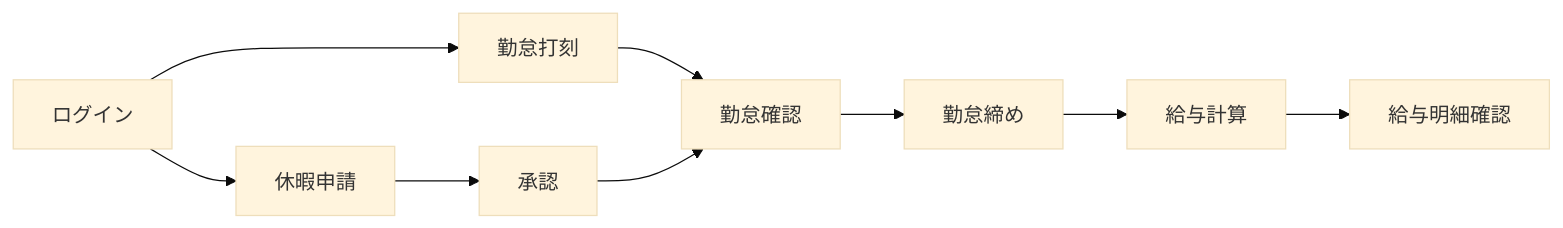
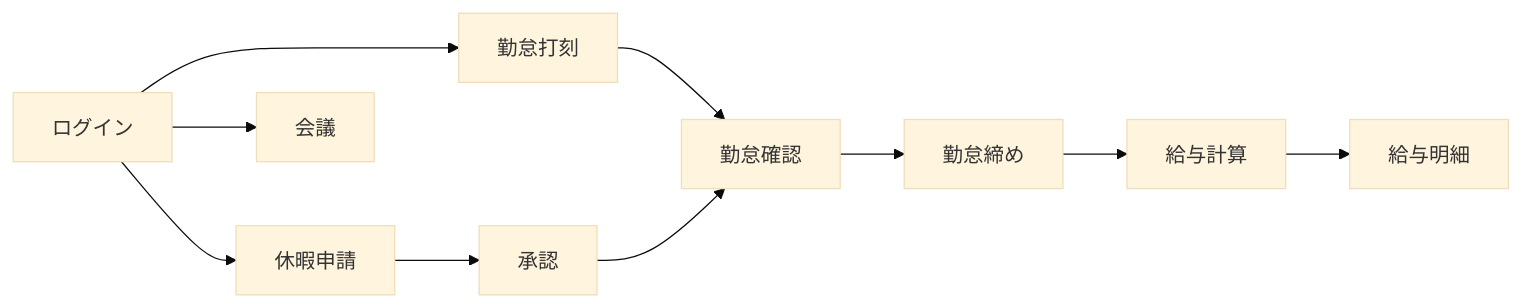
Before and after one commit to tamada-chinhhv/tmv-hrm-docs: the diagram in README.md, drawn with Mermaid (base theme). The commit also changed other lines of this file and 2 other files, not shown here.

````diff
--- a/README.md
+++ b/README.md
@@ -38,11 +91,12 @@
 ```mermaid
 flowchart LR
   A[ログイン] --> B[勤怠打刻]
   A --> C[休暇申請]
   C --> D[承認]
   B --> E[勤怠確認]
   D --> E
   E --> F[勤怠締め]
   F --> G[給与計算]
-  G --> H[給与明細確認]
+  G --> H[給与明細]
+  A --> I[会議]
 ```
````
